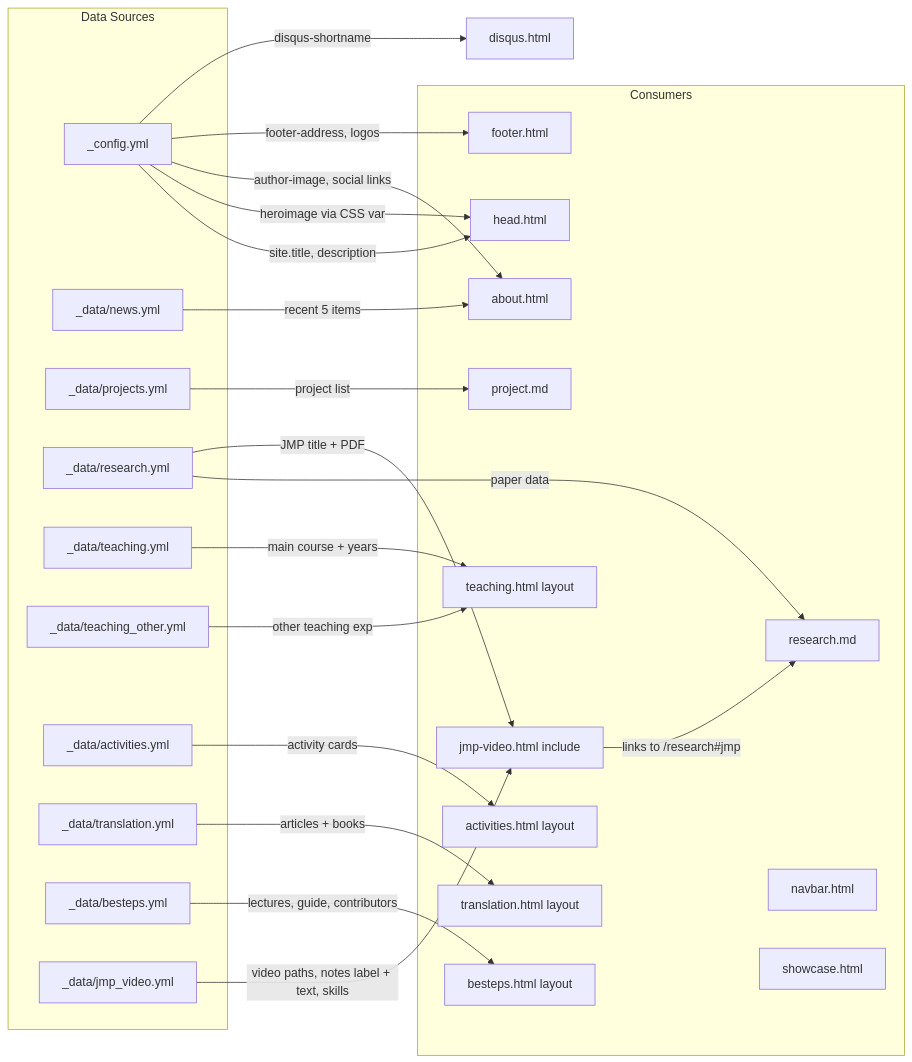
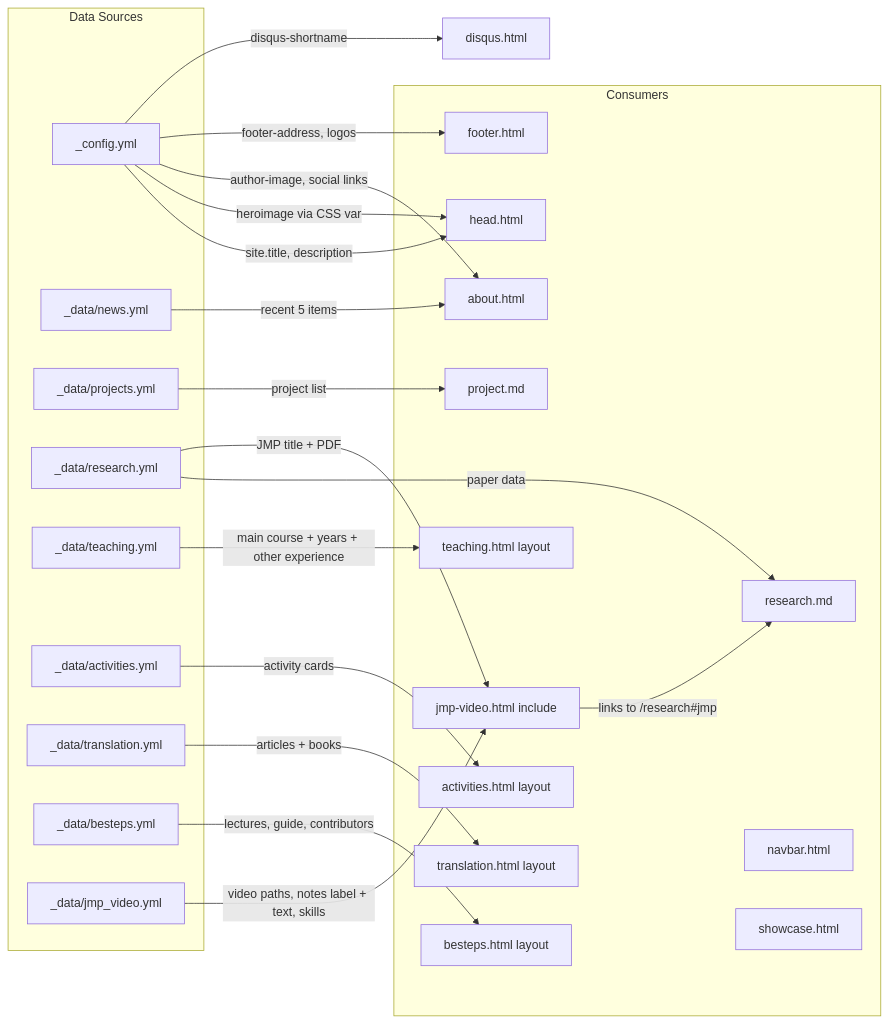
The sixth of 6 diagrams in ARCHITECTURE.md (lin-mengwei/lin-mengwei.github.io), drawn with Mermaid before and after one commit. The commit also changed other lines of this file and 1 other file, not shown here.

````diff
--- a/ARCHITECTURE.md
+++ b/ARCHITECTURE.md
@@ -271,48 +269,46 @@
 ```mermaid
 graph LR
     subgraph "Data Sources"
         config[_config.yml]
         news[_data/news.yml]
         projects[_data/projects.yml]
         research_yml[_data/research.yml]
         teaching_yml[_data/teaching.yml]
-        teaching_other_yml[_data/teaching_other.yml]
         activities_yml[_data/activities.yml]
         translation_yml[_data/translation.yml]
         besteps_yml[_data/besteps.yml]
         jmp_video_yml[_data/jmp_video.yml]
     end
 
     subgraph "Consumers"
         about[about.html] 
         project_page[project.md]
         research_page[research.md]
         teaching_page[teaching.html layout]
         activities_page[activities.html layout]
         translation_page[translation.html layout]
         besteps_page[besteps.html layout]
         jmp_video_page[jmp-video.html include]
         navbar[navbar.html]
         footer[footer.html]
         head[head.html]
         showcase[showcase.html]
     end
 
     config -->|site.title, description| head
     config -->|heroimage via CSS var| head
     config -->|author-image, social links| about
     config -->|footer-address, logos| footer
     config -->|disqus-shortname| disqus[disqus.html]
 
     news -->|recent 5 items| about
     projects -->|project list| project_page
     research_yml -->|paper data| research_page
-    teaching_yml -->|main course + years| teaching_page
-    teaching_other_yml -->|other teaching exp| teaching_page
+    teaching_yml -->|main course + years + other experience| teaching_page
     activities_yml -->|activity cards| activities_page
     translation_yml -->|articles + books| translation_page
     besteps_yml -->|lectures, guide, contributors| besteps_page
     jmp_video_yml -->|video paths, notes label + text, skills| jmp_video_page
     research_yml -->|JMP title + PDF| jmp_video_page
     jmp_video_page -->|links to /research#jmp| research_page
 ```
````
